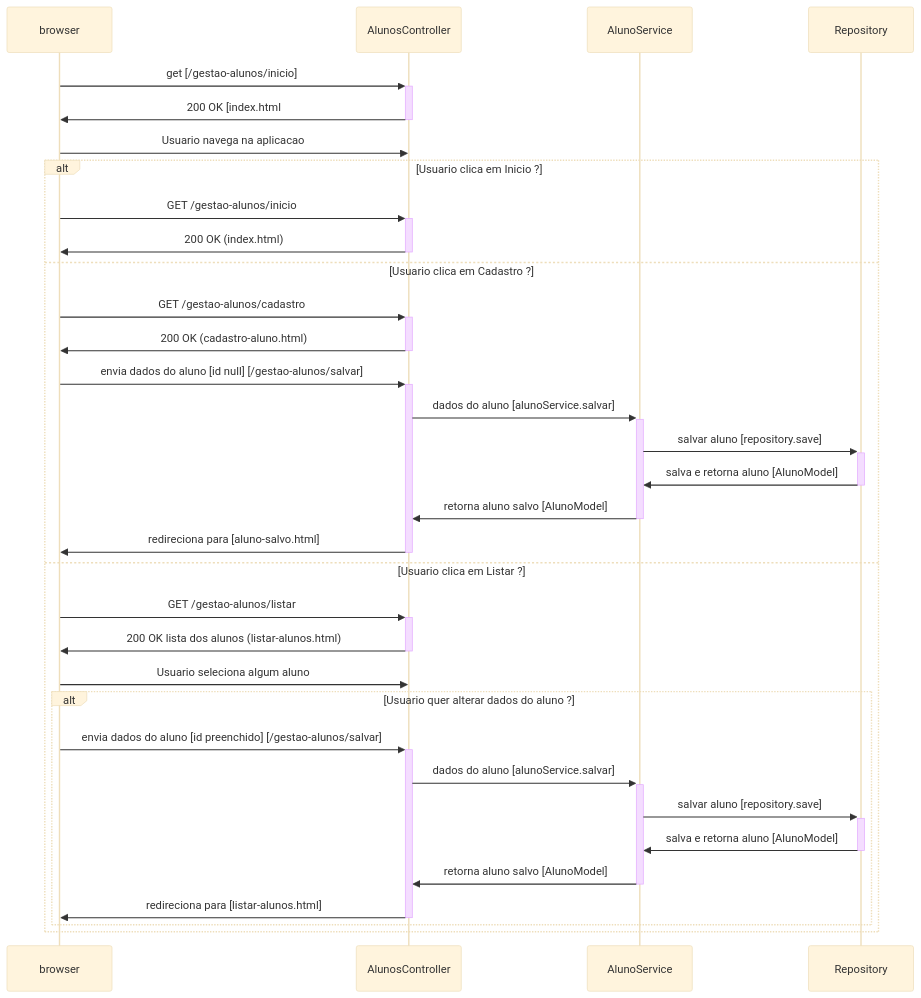
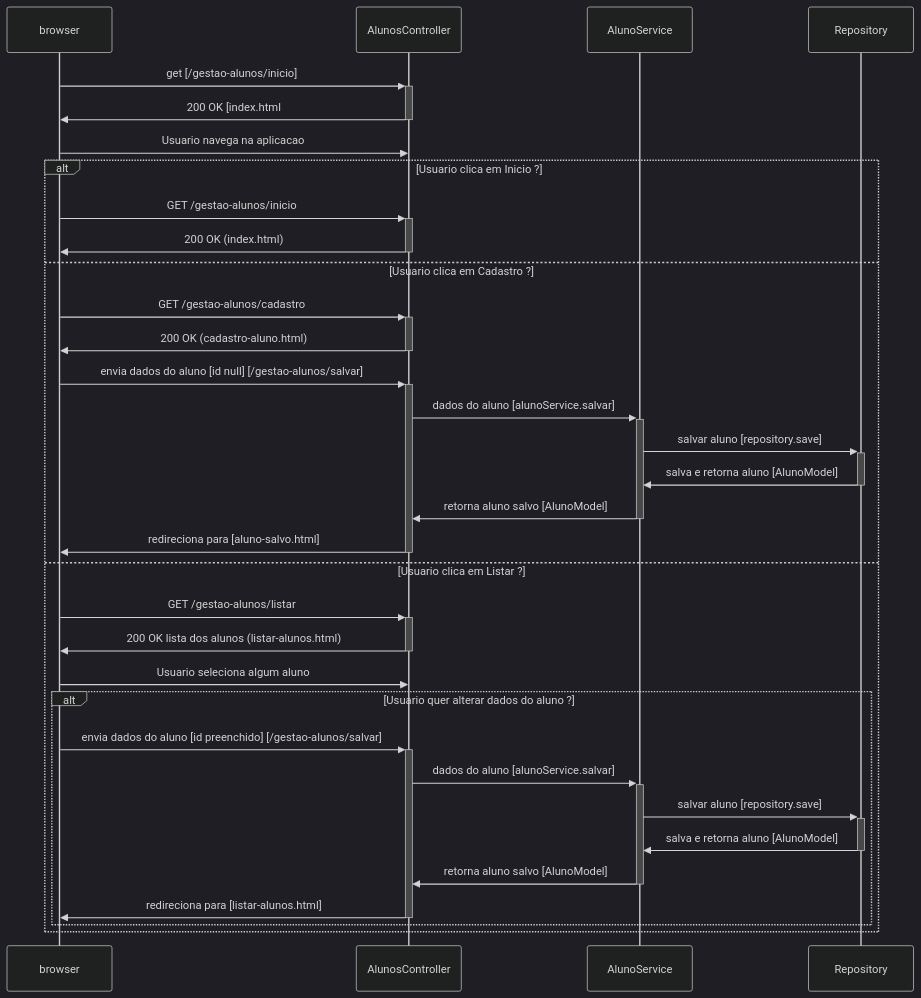
One commit to evertongodoy/gestao-alunos changed the diagram in README.md. Above: the diagram before and after it, drawn with Mermaid.

````diff
--- a/README.md
+++ b/README.md
@@ -50,39 +50,39 @@
 ```mermaid
 ---
 config:
-  theme: base
+  theme: dark
 ---
 sequenceDiagram
     participant browser
     participant controller as AlunosController
     participant service as AlunoService
     participant repository as Repository
     browser->>+controller: get [/gestao-alunos/inicio]
     controller->>-browser: 200 OK [index.html
     browser->>controller: Usuario navega na aplicacao
     alt Usuario clica em Inicio ?
         browser->>+controller: GET /gestao-alunos/inicio
         controller->>-browser: 200 OK (index.html)
     else Usuario clica em Cadastro ?
         browser->>+controller: GET /gestao-alunos/cadastro
         controller->>-browser: 200 OK (cadastro-aluno.html)
         browser->>+controller: envia dados do aluno [id null] [/gestao-alunos/salvar]
         controller->>+service: dados do aluno [alunoService.salvar]
         service->>+repository: salvar aluno [repository.save]
         repository->>-service: salva e retorna aluno [AlunoModel]
         service->>-controller: retorna aluno salvo [AlunoModel]
         controller->>-browser: redireciona para [aluno-salvo.html]
     else Usuario clica em Listar ?
         browser->>+controller: GET /gestao-alunos/listar
         controller->>-browser: 200 OK lista dos alunos (listar-alunos.html)
         browser->>controller: Usuario seleciona algum aluno
         alt Usuario quer alterar dados do aluno ?
             browser->>+controller: envia dados do aluno [id preenchido] [/gestao-alunos/salvar]
             controller->>+service: dados do aluno [alunoService.salvar]
             service->>+repository: salvar aluno [repository.save]
             repository->>-service: salva e retorna aluno [AlunoModel]
             service->>-controller: retorna aluno salvo [AlunoModel]        
             controller->>-browser: redireciona para [listar-alunos.html]
         end    
     end
 ```
````
